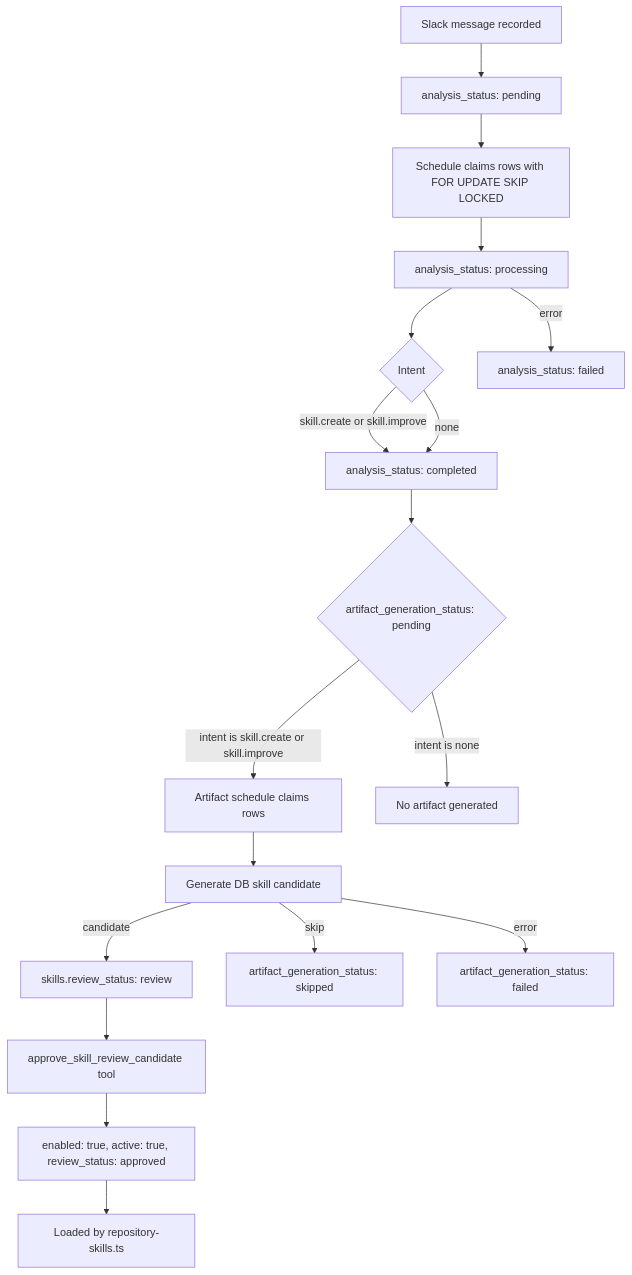
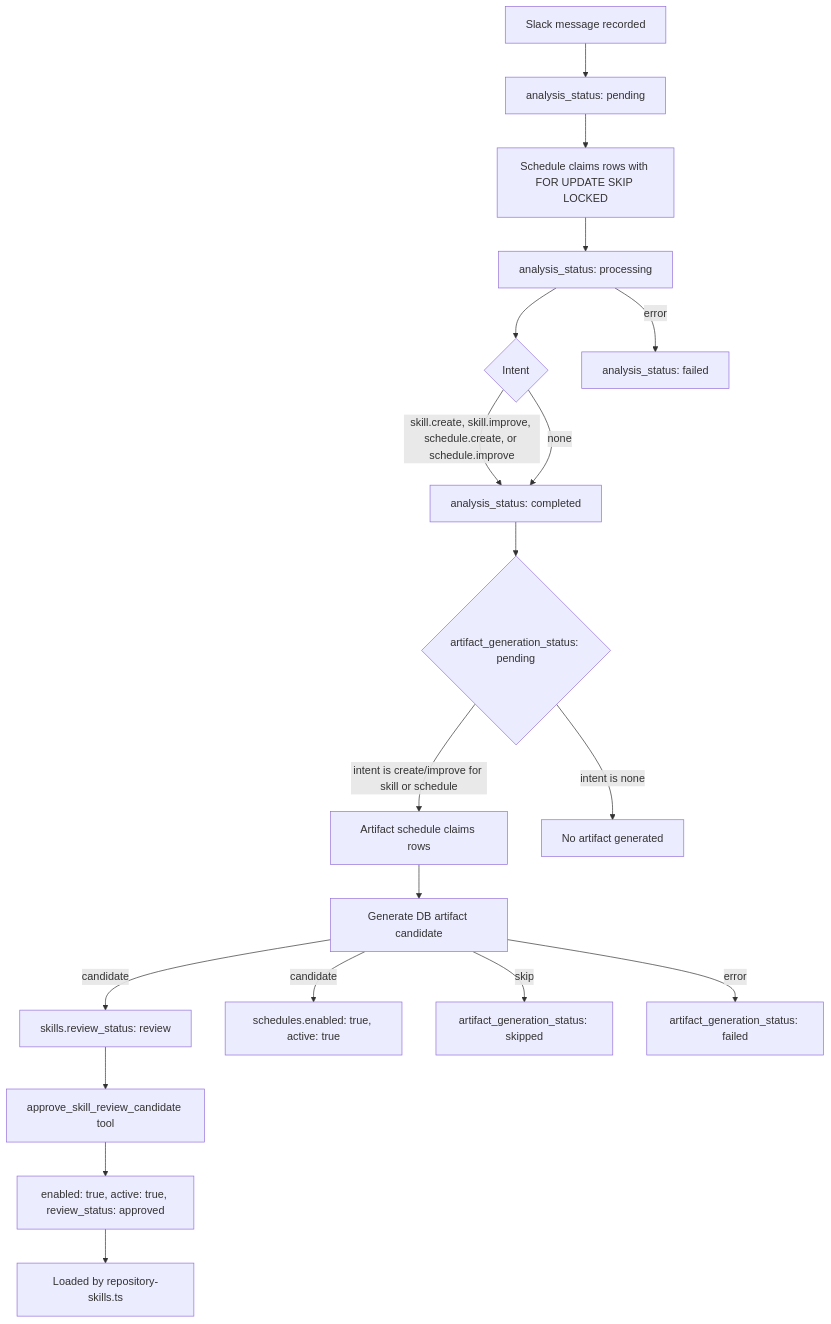
One commit to GorobVictor/slack-ai-agent-eve changed the third of 5 diagrams in README.md. Above: the diagram before and after it, drawn with Mermaid. The commit also changed other lines of this file and 1 other file, not shown here.

First line of the commit message:
ref: document schedule artifact architecture

````diff
--- a/README.md
+++ b/README.md
@@ -139,22 +144,23 @@
 ```mermaid
 flowchart TD
   Message[Slack message recorded] --> Pending[analysis_status: pending]
   Pending --> ClaimAnalysis[Schedule claims rows with FOR UPDATE SKIP LOCKED]
   ClaimAnalysis --> Processing[analysis_status: processing]
   Processing --> Intent{Intent}
-  Intent -->|skill.create or skill.improve| Completed[analysis_status: completed]
+  Intent -->|skill.create, skill.improve, schedule.create, or schedule.improve| Completed[analysis_status: completed]
   Intent -->|none| Completed
   Processing -->|error| AnalysisFailed[analysis_status: failed]
 
   Completed --> ArtifactPending{artifact_generation_status: pending}
-  ArtifactPending -->|intent is skill.create or skill.improve| ClaimGeneration[Artifact schedule claims rows]
+  ArtifactPending -->|intent is create/improve for skill or schedule| ClaimGeneration[Artifact schedule claims rows]
   ArtifactPending -->|intent is none| NoArtifact[No artifact generated]
-  ClaimGeneration --> Generate[Generate DB skill candidate]
+  ClaimGeneration --> Generate[Generate DB artifact candidate]
   Generate -->|candidate| ReviewSkill[skills.review_status: review]
+  Generate -->|candidate| ActiveSchedule[schedules.enabled: true, active: true]
   Generate -->|skip| Skipped[artifact_generation_status: skipped]
   Generate -->|error| GenerationFailed[artifact_generation_status: failed]
 
   ReviewSkill --> AdminApproval[approve_skill_review_candidate tool]
   AdminApproval --> ActiveSkill[enabled: true, active: true, review_status: approved]
   ActiveSkill --> DynamicLoad[Loaded by repository-skills.ts]
 ```
````
